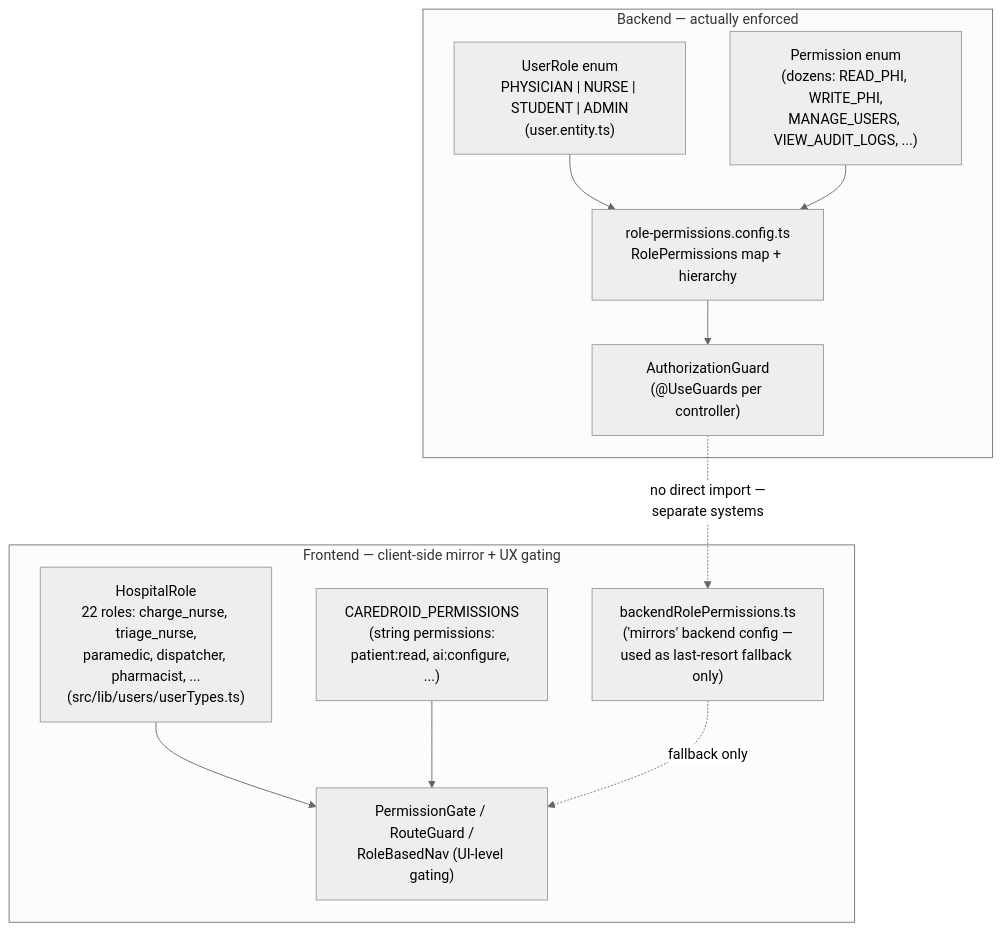
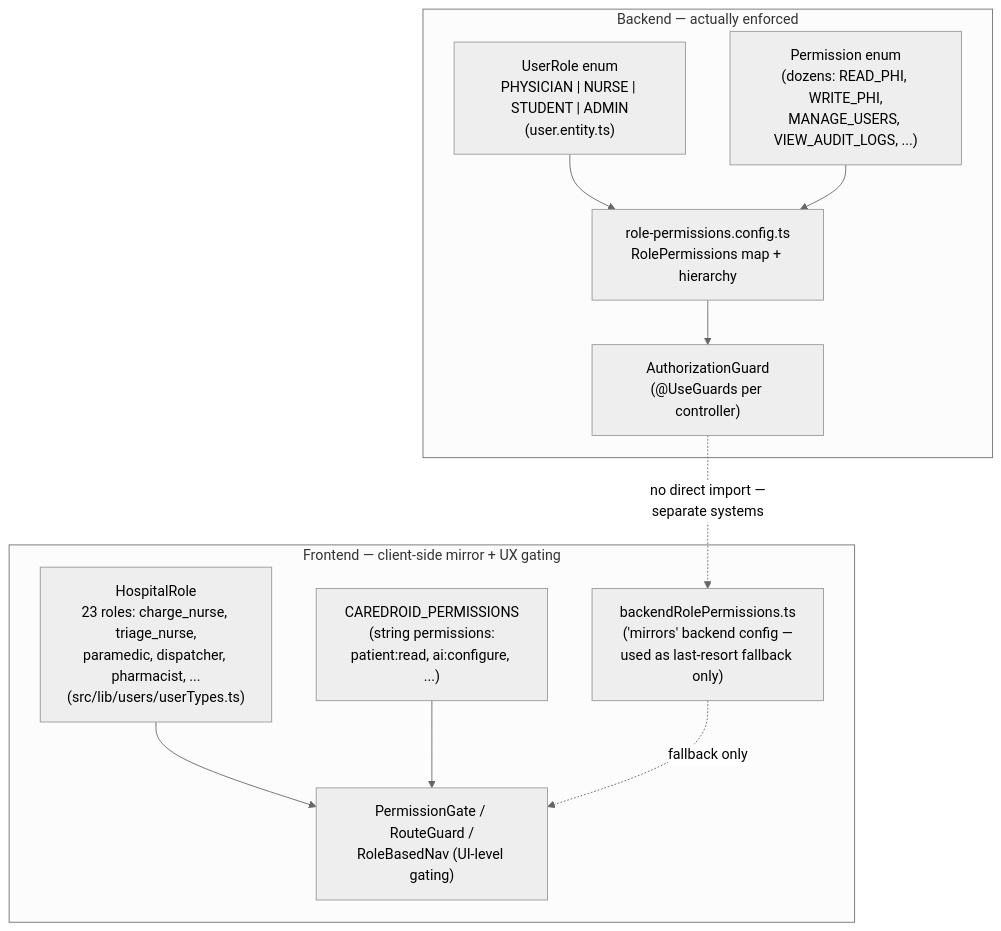
Before and after one commit to MISHHF93/CareDroid-Clinical-AI: the third of 4 diagrams in docs/architecture/platform-architecture-overview.md, drawn with Mermaid (neutral theme). The commit also changed other lines of this file and 3 other files, not shown here.

````diff
--- a/docs/architecture/platform-architecture-overview.md
+++ b/docs/architecture/platform-architecture-overview.md
@@ -118,21 +118,21 @@
 ```mermaid
 flowchart TB
     subgraph Backend["Backend — actually enforced"]
         BRole["UserRole enum\nPHYSICIAN | NURSE | STUDENT | ADMIN\n(user.entity.ts)"]
         BPerm["Permission enum\n(dozens: READ_PHI, WRITE_PHI,\nMANAGE_USERS, VIEW_AUDIT_LOGS, ...)"]
         BMap["role-permissions.config.ts\nRolePermissions map + hierarchy"]
         BGuard["AuthorizationGuard\n(@UseGuards per controller)"]
         BRole --> BMap --> BGuard
         BPerm --> BMap
     end
     subgraph Frontend["Frontend — client-side mirror + UX gating"]
-        FRole["HospitalRole\n22 roles: charge_nurse, triage_nurse,\nparamedic, dispatcher, pharmacist, ...\n(src/lib/users/userTypes.ts)"]
+        FRole["HospitalRole\n23 roles: charge_nurse, triage_nurse,\nparamedic, dispatcher, pharmacist, ...\n(src/lib/users/userTypes.ts)"]
         FPerm["CAREDROID_PERMISSIONS\n(string permissions:\npatient:read, ai:configure, ...)"]
         FMirror["backendRolePermissions.ts\n('mirrors' backend config —\nused as last-resort fallback only)"]
         FGate["PermissionGate / RouteGuard /\nRoleBasedNav (UI-level gating)"]
         FRole --> FGate
         FPerm --> FGate
         FMirror -.->|fallback only| FGate
     end
     BGuard -.->|"no direct import —\nseparate systems"| FMirror
 ```
````
